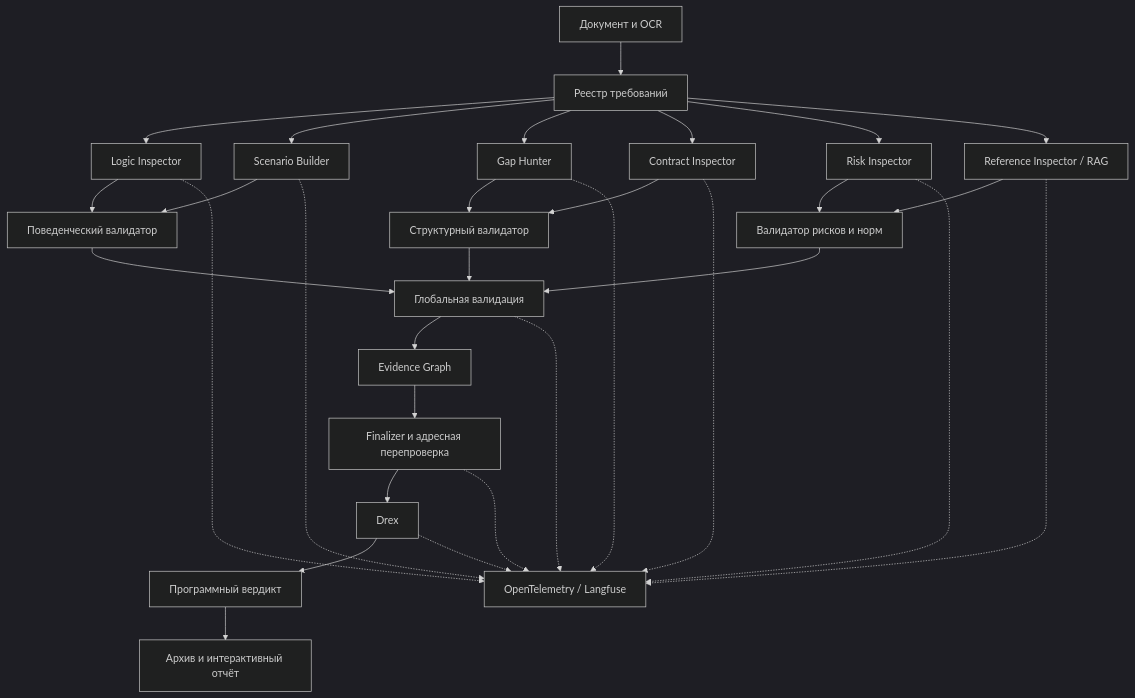
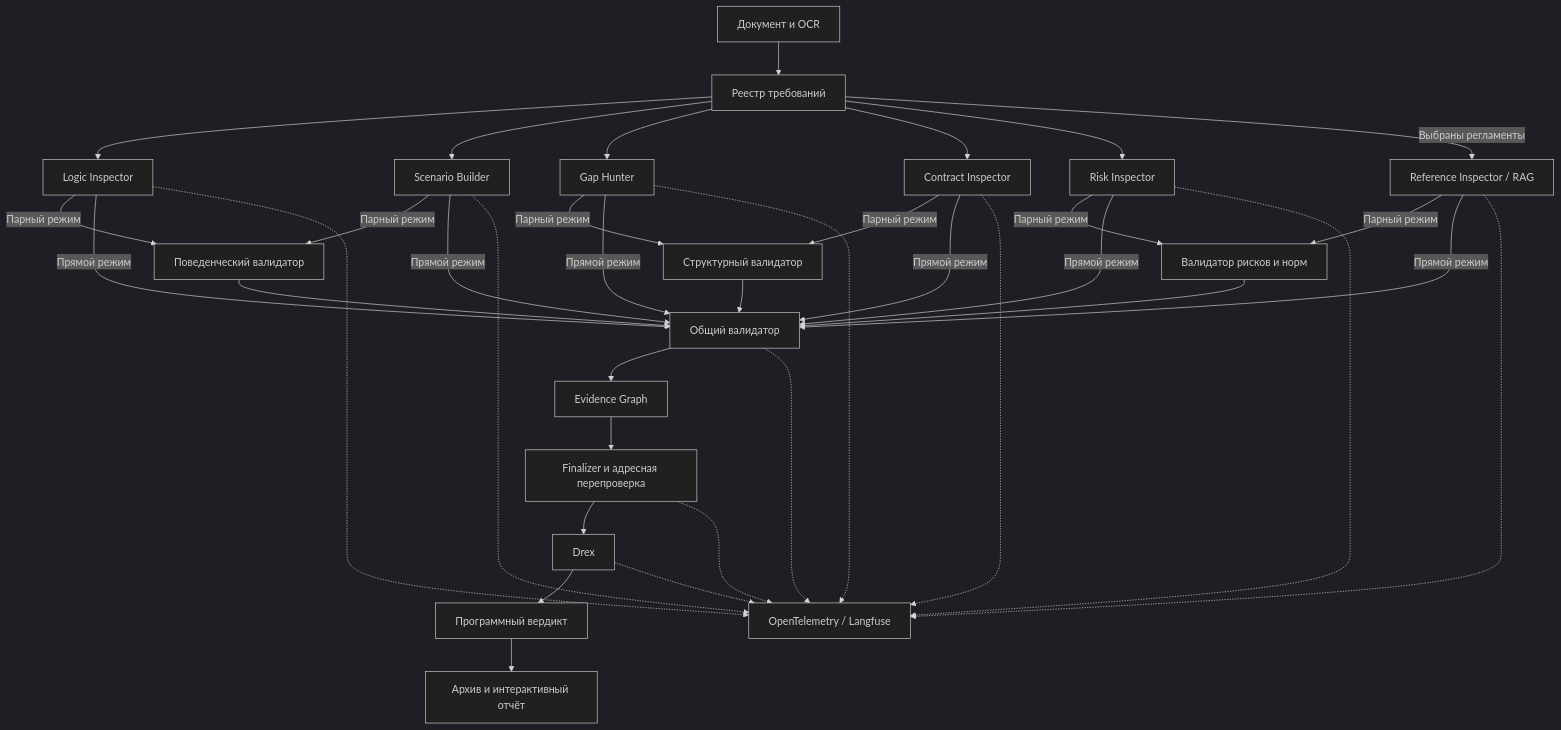
Before and after one commit to Feruum/Darumleye: the diagram in vibe/docs/MULTI_AGENT_REVIEW.ru.md, drawn with Mermaid (dark theme). The commit also changed other lines of this file and 40 other files, not shown here.

````diff
--- a/vibe/docs/MULTI_AGENT_REVIEW.ru.md
+++ b/vibe/docs/MULTI_AGENT_REVIEW.ru.md
@@ -5,21 +10,22 @@
 ```mermaid
 flowchart TD
     A[Документ и OCR] --> B[Реестр требований]
     B --> L[Logic Inspector]
     B --> S[Scenario Builder]
     B --> G[Gap Hunter]
     B --> C[Contract Inspector]
     B --> R[Risk Inspector]
-    B --> X[Reference Inspector / RAG]
-    L & S --> P1[Поведенческий валидатор]
-    G & C --> P2[Структурный валидатор]
-    R & X --> P3[Валидатор рисков и норм]
-    P1 & P2 & P3 --> V[Глобальная валидация]
+    B -->|Выбраны регламенты| X[Reference Inspector / RAG]
+    L & S -->|Парный режим| P1[Поведенческий валидатор]
+    G & C -->|Парный режим| P2[Структурный валидатор]
+    R & X -->|Парный режим| P3[Валидатор рисков и норм]
+    P1 & P2 & P3 --> V[Общий валидатор]
+    L & S & G & C & R & X -->|Прямой режим| V
     V --> E[Evidence Graph]
     E --> F[Finalizer и адресная перепроверка]
     F --> D[Drex]
     D --> J[Программный вердикт]
     J --> O[Архив и интерактивный отчёт]
     L & S & G & C & R & X -.-> T[OpenTelemetry / Langfuse]
     V & F & D -.-> T
 ```
````
